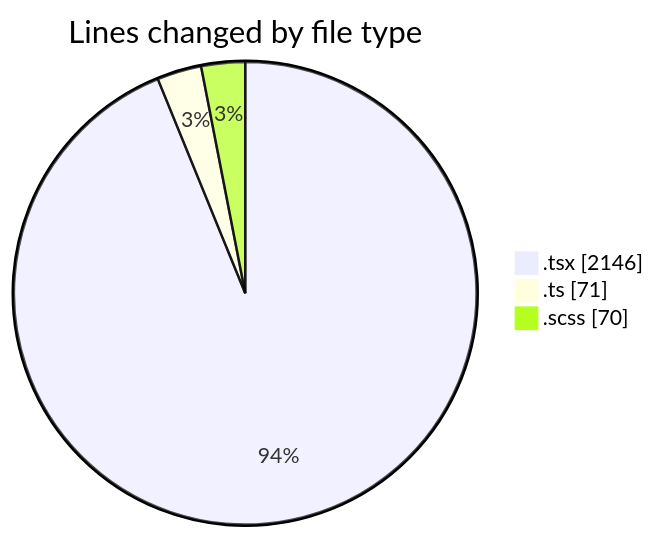
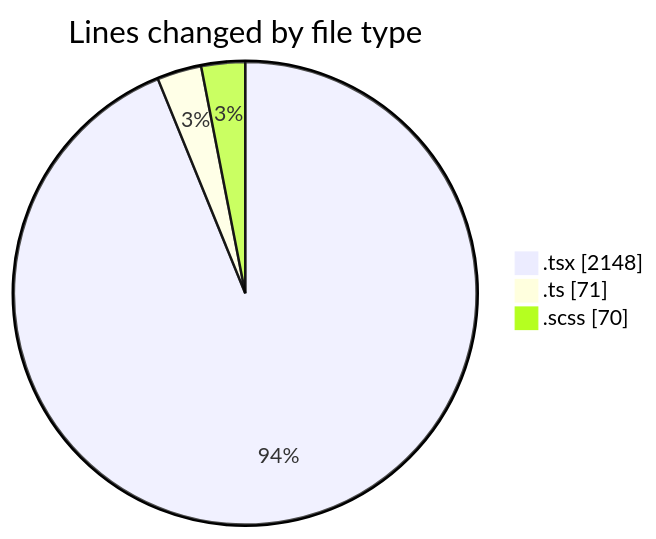
One commit to momahboobian/code-tracking changed the first of 2 diagrams in 2025-02-11/cda/README.md. Above: the diagram before and after it, drawn with Mermaid. The commit also changed other lines of this file and 1 other file, not shown here.

````diff
--- a/2025-02-11/cda/README.md
+++ b/2025-02-11/cda/README.md
@@ -24,7 +24,7 @@
 ```mermaid
 pie showData
 title Lines changed by file type
-".tsx" : 2146
+".tsx" : 2148
 ".ts" : 71
 ".scss" : 70
 ```
````
